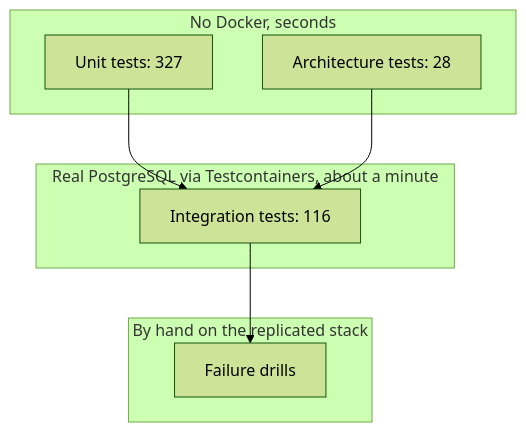
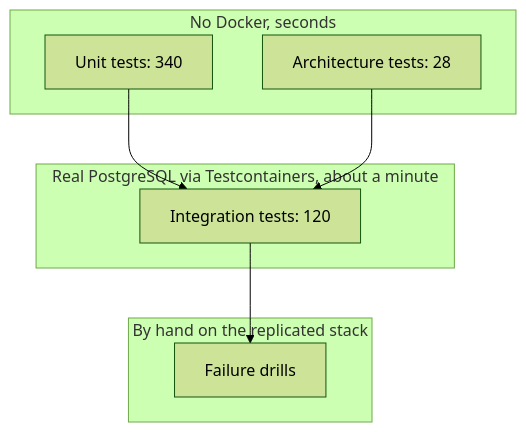
Before and after one commit to maysamgamini/crowdfundinghub: the diagram in tests/README.md, drawn with Mermaid (forest theme). The commit also changed 21 other files, not shown here.

````diff
--- a/tests/README.md
+++ b/tests/README.md
@@ -8,16 +8,16 @@
 ```mermaid
 flowchart TB
     subgraph Fast["No Docker, seconds"]
-        U["Unit tests: 327"]
+        U["Unit tests: 340"]
         A["Architecture tests: 28"]
     end
     subgraph Real["Real PostgreSQL via Testcontainers, about a minute"]
-        I["Integration tests: 116"]
+        I["Integration tests: 120"]
     end
     subgraph Hand["By hand on the replicated stack"]
         D["Failure drills"]
     end
     U --> I
     A --> I
     I --> D
 ```
````
